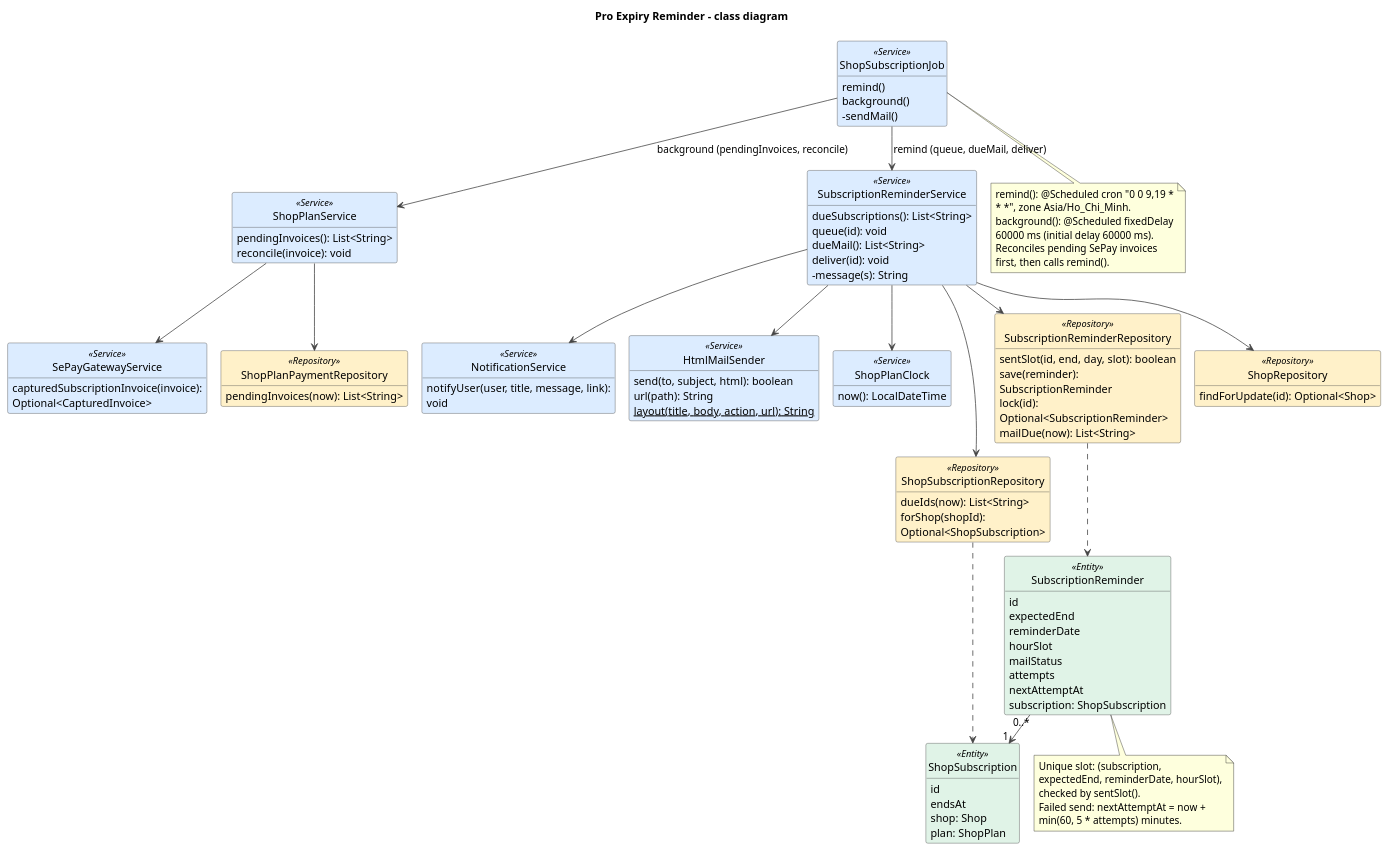
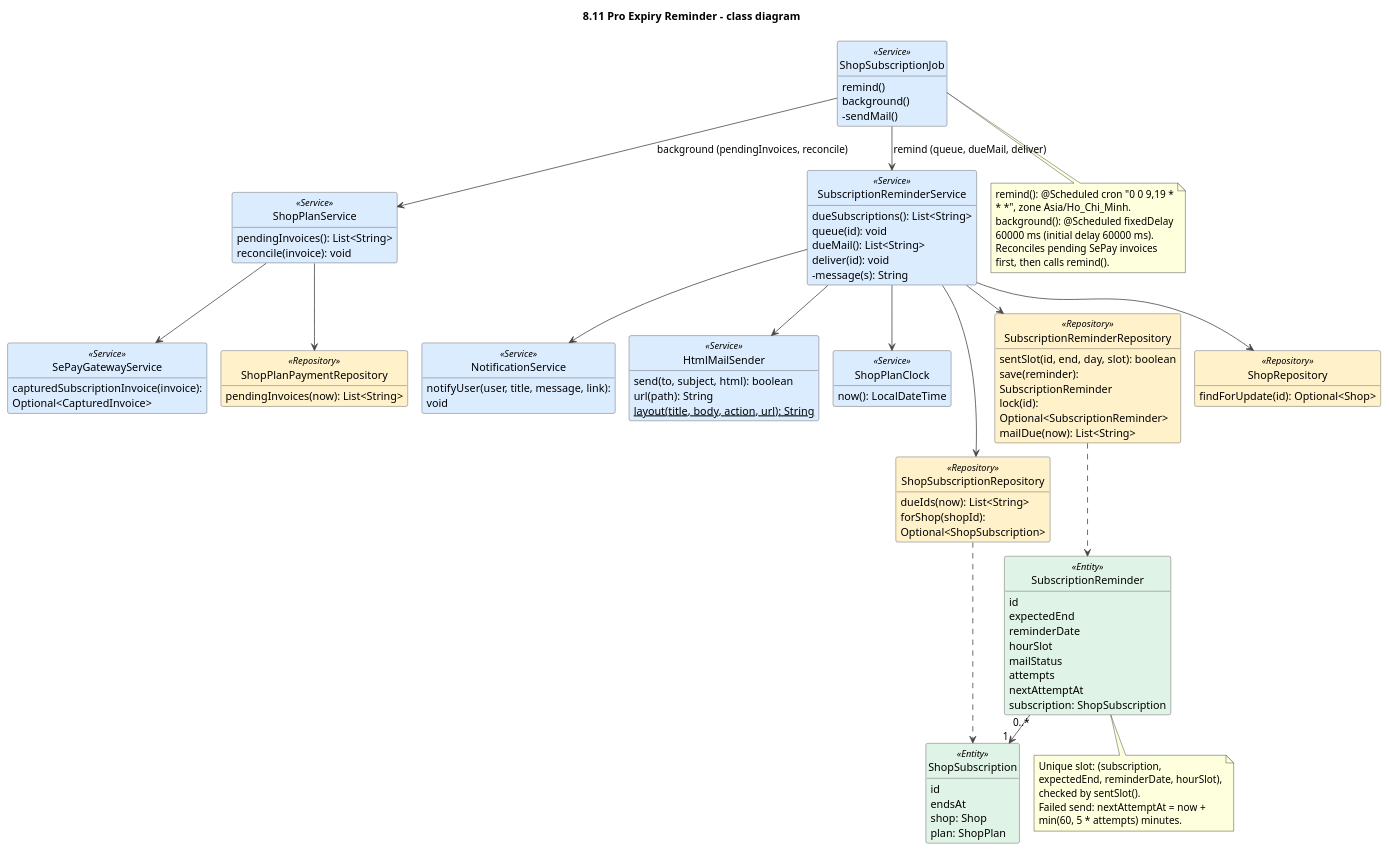
One commit to duckpao/FlowerShop_SWP391 changed the diagram in docs/sds/8.11-pro-expiry-reminder-class.puml. Above: the diagram before and after it, drawn with PlantUML. The commit also changed 356 other files, not shown here.

```diff
--- a/docs/sds/8.11-pro-expiry-reminder-class.puml
+++ b/docs/sds/8.11-pro-expiry-reminder-class.puml
@@ -1,112 +1,112 @@
 @startuml
 !pragma layout smetana
-title Pro Expiry Reminder - class diagram
+title 8.11 Pro Expiry Reminder - class diagram
 skinparam shadowing false
 skinparam defaultFontName Arial
 skinparam wrapWidth 240
 skinparam ArrowColor #444444
 skinparam classAttributeIconSize 0
 skinparam nodesep 45
 skinparam ranksep 50
 skinparam class {
   BackgroundColor #FFFFFF
   BorderColor #444444
   BackgroundColor<<View>> #EADCFF
   BackgroundColor<<Controller>> #D8F3DC
   BackgroundColor<<Service>> #DCECFF
   BackgroundColor<<Repository>> #FFF1C9
   BackgroundColor<<Entity>> #E0F3E7
   BackgroundColor<<External>> #FFE0E0
 }
 hide empty members
 hide circle
 
 class ShopSubscriptionJob <<Service>> {
   remind()
   background()
   -sendMail()
 }
 class ShopPlanService <<Service>> {
   pendingInvoices(): List<String>
   reconcile(invoice): void
 }
 class SubscriptionReminderService <<Service>> {
   dueSubscriptions(): List<String>
   queue(id): void
   dueMail(): List<String>
   deliver(id): void
   -message(s): String
 }
 class NotificationService <<Service>> {
   notifyUser(user, title, message, link): void
 }
 class HtmlMailSender <<Service>> {
   send(to, subject, html): boolean
   url(path): String
   {static} layout(title, body, action, url): String
 }
 class ShopPlanClock <<Service>> {
   now(): LocalDateTime
 }
 class SePayGatewayService <<Service>> {
   capturedSubscriptionInvoice(invoice): Optional<CapturedInvoice>
 }
 class ShopSubscriptionRepository <<Repository>> {
   dueIds(now): List<String>
   forShop(shopId): Optional<ShopSubscription>
 }
 class SubscriptionReminderRepository <<Repository>> {
   sentSlot(id, end, day, slot): boolean
   save(reminder): SubscriptionReminder
   lock(id): Optional<SubscriptionReminder>
   mailDue(now): List<String>
 }
 class ShopRepository <<Repository>> {
   findForUpdate(id): Optional<Shop>
 }
 class ShopPlanPaymentRepository <<Repository>> {
   pendingInvoices(now): List<String>
 }
 class ShopSubscription <<Entity>> {
   id
   endsAt
   shop: Shop
   plan: ShopPlan
 }
 class SubscriptionReminder <<Entity>> {
   id
   expectedEnd
   reminderDate
   hourSlot
   mailStatus
   attempts
   nextAttemptAt
   subscription: ShopSubscription
 }
 
 ShopSubscriptionJob --> SubscriptionReminderService : remind (queue, dueMail, deliver)
 ShopSubscriptionJob --> ShopPlanService : background (pendingInvoices, reconcile)
 ShopPlanService --> SePayGatewayService
 ShopPlanService --> ShopPlanPaymentRepository
 SubscriptionReminderService --> ShopSubscriptionRepository
 SubscriptionReminderService --> SubscriptionReminderRepository
 SubscriptionReminderService --> ShopRepository
 SubscriptionReminderService --> NotificationService
 SubscriptionReminderService --> HtmlMailSender
 SubscriptionReminderService --> ShopPlanClock
 ShopSubscriptionRepository ..> ShopSubscription
 SubscriptionReminderRepository ..> SubscriptionReminder
 SubscriptionReminder "0..*" --> "1" ShopSubscription
 
 note bottom of ShopSubscriptionJob
   remind(): @Scheduled cron "0 0 9,19 * * *", zone Asia/Ho_Chi_Minh.
   background(): @Scheduled fixedDelay 60000 ms (initial delay 60000 ms).
   Reconciles pending SePay invoices first, then calls remind().
 end note
 
 note bottom of SubscriptionReminder
   Unique slot: (subscription, expectedEnd, reminderDate, hourSlot), checked by sentSlot().
   Failed send: nextAttemptAt = now + min(60, 5 * attempts) minutes.
 end note
 
 @enduml
```
